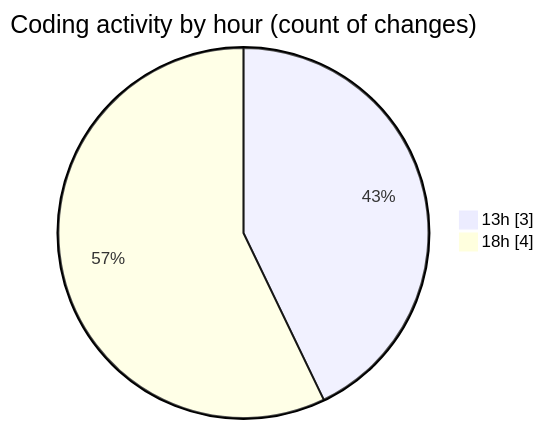
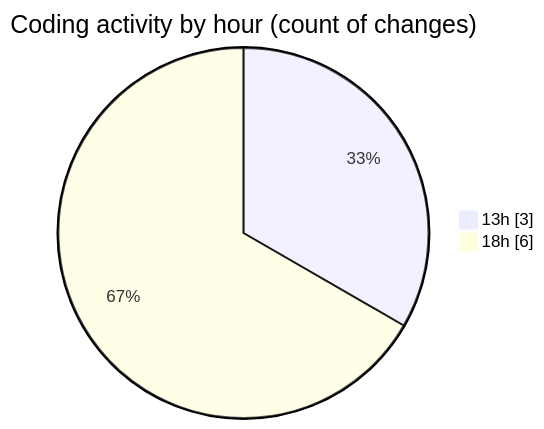
The second of 2 diagrams in 2025-07-16/telebot/README.md (jrari/code-tracking), drawn with Mermaid before and after one commit. The commit also changed other lines of this file and 1 other file, not shown here.

````diff
--- a/2025-07-16/telebot/README.md
+++ b/2025-07-16/telebot/README.md
@@ -33,6 +33,6 @@
 ```mermaid
 pie showData
 title Coding activity by hour (count of changes)
 "13h" : 3
-"18h" : 4
+"18h" : 6
 ```
````
